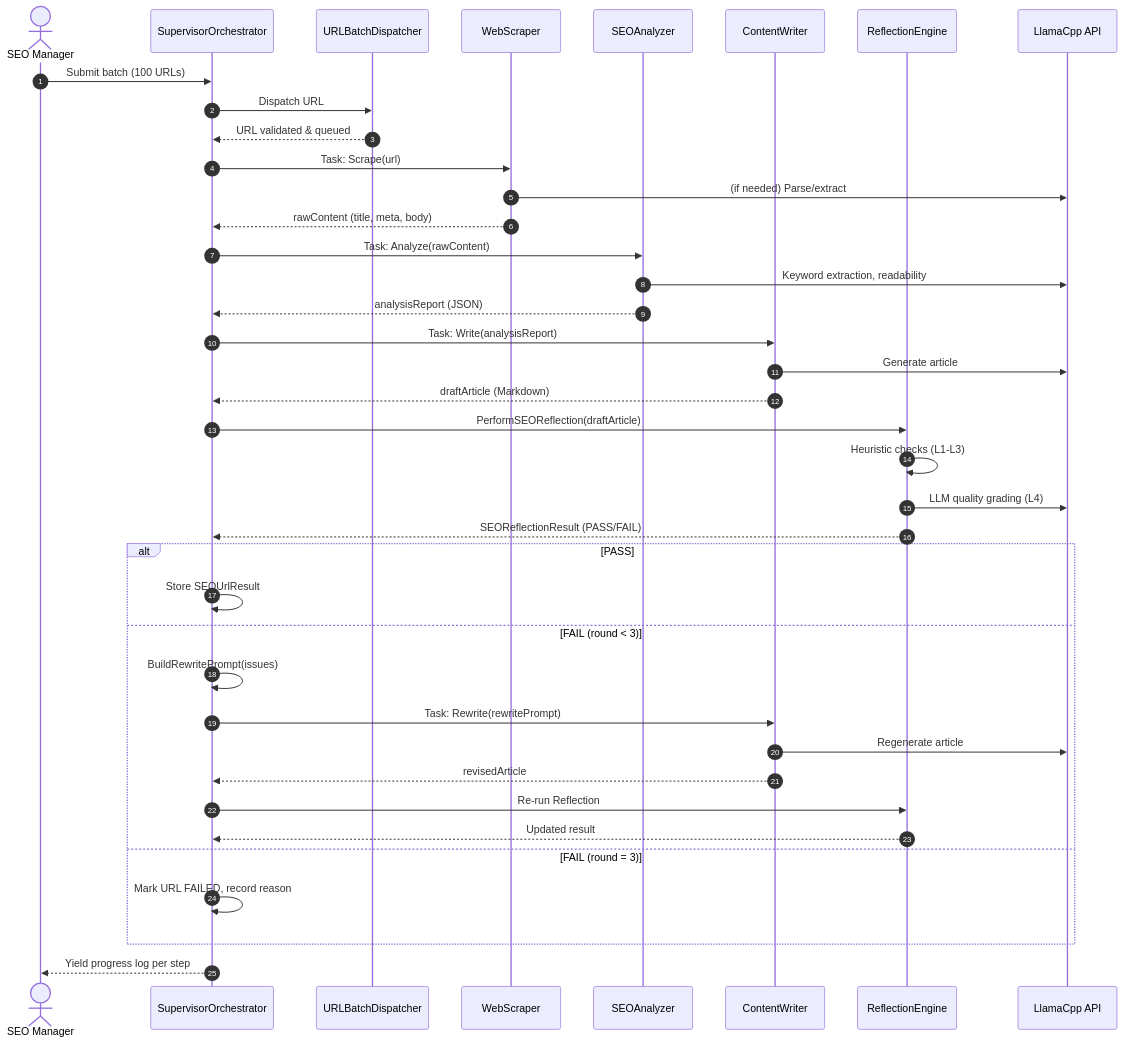
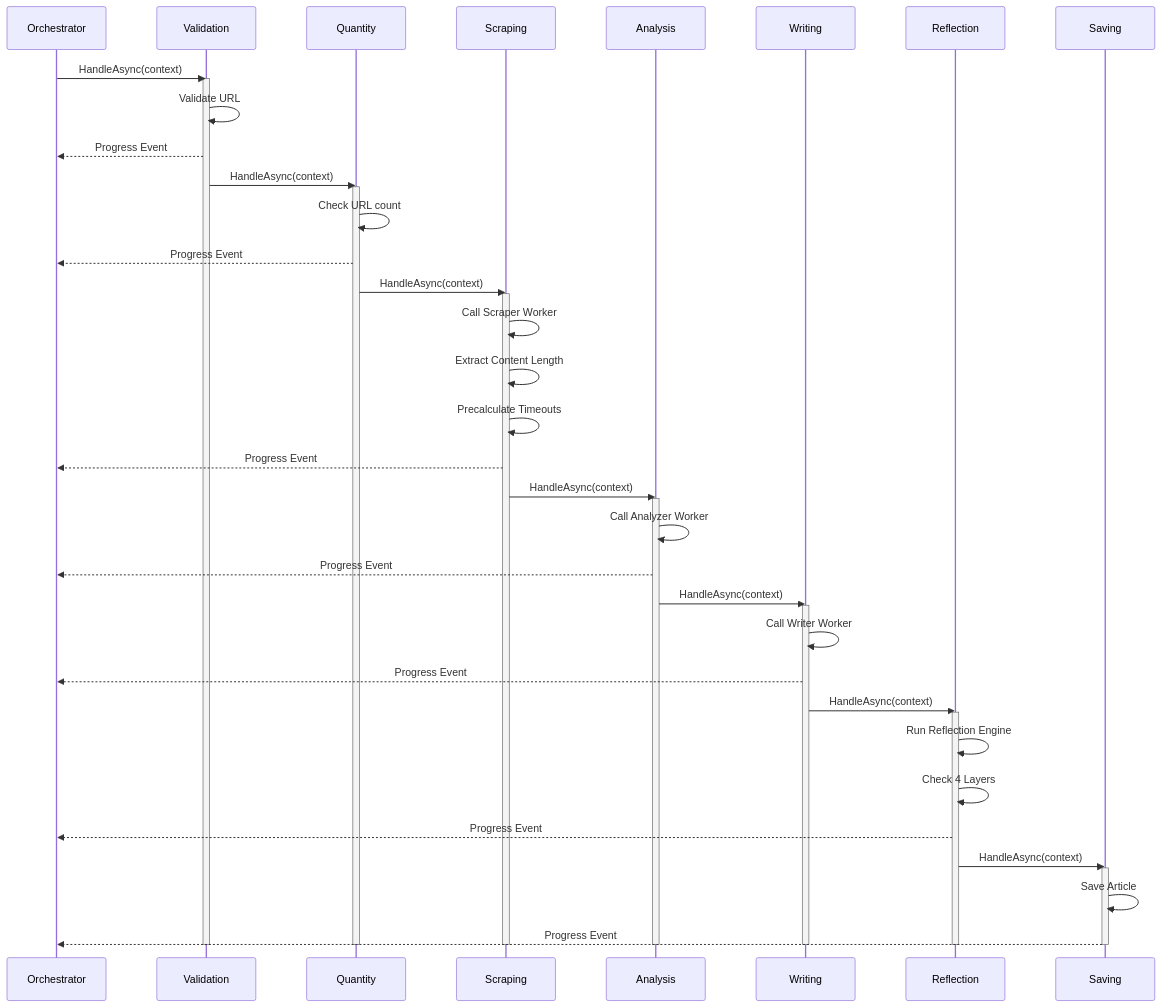
The fourth of 9 diagrams in SEO_Architecture_Design_VN.md (hoangnc/VNMLAgentFramework), drawn with Mermaid before and after one commit. The commit also changed other lines of this file, not shown here.

````diff
--- a/SEO_Architecture_Design_VN.md
+++ b/SEO_Architecture_Design_VN.md
@@ -284,48 +283,50 @@
 ```mermaid
 sequenceDiagram
-    autonumber
-    actor User as SEO Manager
-    participant SUP as SupervisorOrchestrator
-    participant DIS as URLBatchDispatcher
-    participant SCR as WebScraper
-    participant ANA as SEOAnalyzer
-    participant WRI as ContentWriter
-    participant REF as ReflectionEngine
-    participant LLM as LlamaCpp API
+    participant O as Orchestrator
+    participant V as Validation
+    participant Q as Quantity
+    participant S as Scraping
+    participant A as Analysis
+    participant W as Writing
+    participant R as Reflection
+    participant SV as Saving
 
-    User->>SUP: Submit batch (100 URLs)
-    SUP->>DIS: Dispatch URL #N
-    DIS-->>SUP: URL validated & queued
-
-    SUP->>SCR: Task: Scrape(url)
-    SCR->>LLM: (if needed) Parse/extract
-    SCR-->>SUP: rawContent (title, meta, body)
-
-    SUP->>ANA: Task: Analyze(rawContent)
-    ANA->>LLM: Keyword extraction, readability
-    ANA-->>SUP: analysisReport (JSON)
-
-    SUP->>WRI: Task: Write(analysisReport)
-    WRI->>LLM: Generate article
-    WRI-->>SUP: draftArticle (Markdown)
-
-    SUP->>REF: PerformSEOReflection(draftArticle)
-    REF->>REF: Heuristic checks (L1-L3)
-    REF->>LLM: LLM quality grading (L4)
-    REF-->>SUP: SEOReflectionResult (PASS/FAIL)
-
-    alt PASS
-        SUP->>SUP: Store SEOUrlResult
-    else FAIL (round < 3)
-        SUP->>SUP: BuildRewritePrompt(issues)
-        SUP->>WRI: Task: Rewrite(rewritePrompt)
-        WRI->>LLM: Regenerate article
-        WRI-->>SUP: revisedArticle
-        SUP->>REF: Re-run Reflection
-        REF-->>SUP: Updated result
-    else FAIL (round = 3)
-        SUP->>SUP: Mark URL FAILED, record reason
-    end
-
-    SUP-->>User: Yield progress log per step
+    O->>V: HandleAsync(context)
+    activate V
+    V->>V: Validate URL
+    V-->>O: Progress Event
+    V->>Q: HandleAsync(context)
+    activate Q
+    Q->>Q: Check URL count
+    Q-->>O: Progress Event
+    Q->>S: HandleAsync(context)
+    activate S
+    S->>S: Call Scraper Worker
+    S->>S: Extract Content Length
+    S->>S: Precalculate Timeouts
+    S-->>O: Progress Event
+    S->>A: HandleAsync(context)
+    activate A
+    A->>A: Call Analyzer Worker
+    A-->>O: Progress Event
+    A->>W: HandleAsync(context)
+    activate W
+    W->>W: Call Writer Worker
+    W-->>O: Progress Event
+    W->>R: HandleAsync(context)
+    activate R
+    R->>R: Run Reflection Engine
+    R->>R: Check 4 Layers
+    R-->>O: Progress Event
+    R->>SV: HandleAsync(context)
+    activate SV
+    SV->>SV: Save Article
+    SV-->>O: Progress Event
+    deactivate SV
+    deactivate R
+    deactivate W
+    deactivate A
+    deactivate S
+    deactivate Q
+    deactivate V
 ```
````
